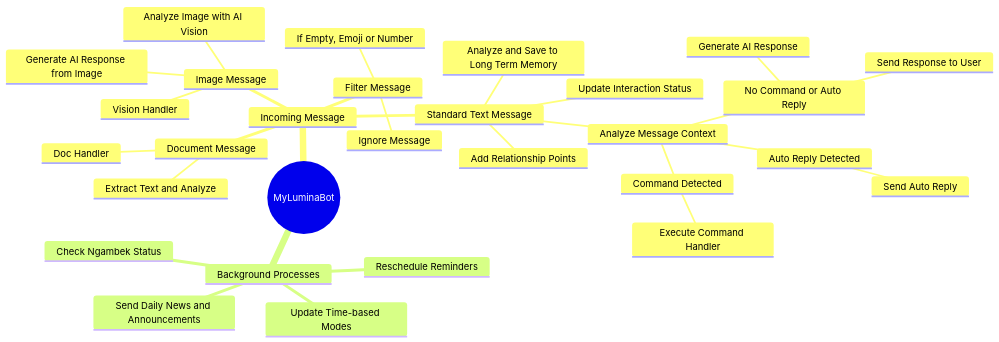
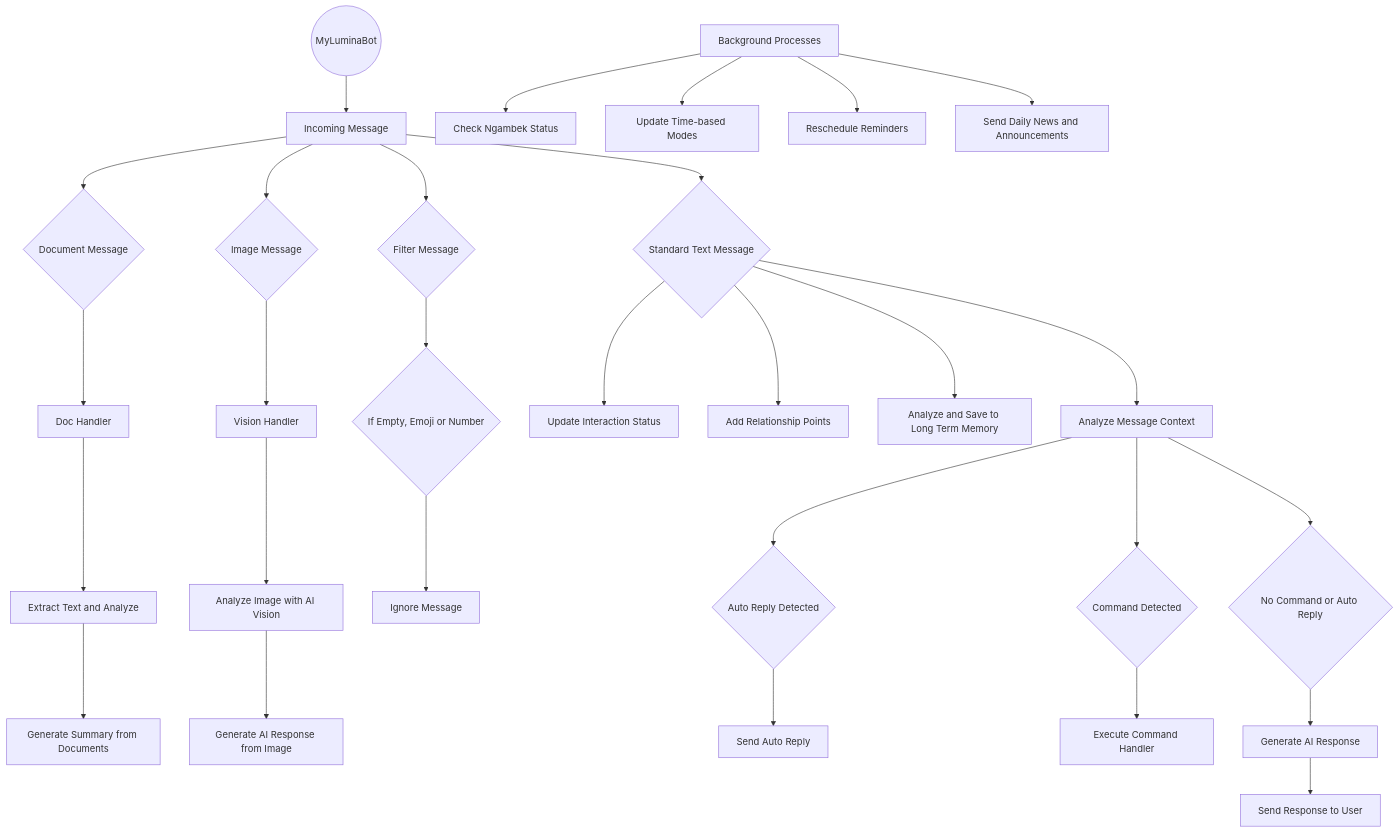
The diagram in README.md (Rafacuy/MyLumina), drawn with Mermaid before and after one commit.

Commit message:
Updated Resources

````diff
--- a/README.md
+++ b/README.md
@@ -163,33 +163,40 @@
 ```mermaid
-mindmap
-  root((MyLuminaBot))
-    Incoming Message
-      Document Message
-        Doc Handler
-        Extract Text and Analyze
-      Image Message
-        Vision Handler
-        Analyze Image with AI Vision
-        Generate AI Response from Image
-      Filter Message
-        If Empty, Emoji or Number
-        Ignore Message
-      Standard Text Message
-        Update Interaction Status
-        Add Relationship Points
-        Analyze and Save to Long Term Memory
-        Analyze Message Context
-          Auto Reply Detected
-            Send Auto Reply
-          Command Detected
-            Execute Command Handler
-          No Command or Auto Reply
-            Generate AI Response
-            Send Response to User
-    Background Processes
-      ::icon(fa fa-clock)
-      Check Ngambek Status
-      Update Time-based Modes
-      Reschedule Reminders
-      Send Daily News and Announcements
+graph TD
+    A((MyLuminaBot)) --> B[Incoming Message]
+
+    B --> C{Document Message}
+    C --> D[Doc Handler]
+    D --> E[Extract Text and Analyze]
+    E --> Z[Generate Summary from Documents]
+
+    B --> F{Image Message}
+    F --> G[Vision Handler]
+    G --> H[Analyze Image with AI Vision]
+    H --> I[Generate AI Response from Image]
+
+    B --> J{Filter Message}
+    J --> K{If Empty, Emoji or Number}
+    K --> L[Ignore Message]
+
+    B --> M{Standard Text Message}
+    M --> N[Update Interaction Status]
+    M --> O[Add Relationship Points]
+    M --> P[Analyze and Save to Long Term Memory]
+    M --> Q[Analyze Message Context]
+
+    Q --> R{Auto Reply Detected}
+    R --> S[Send Auto Reply]
+
+    Q --> T{Command Detected}
+    T --> U[Execute Command Handler]
+
+    Q --> V{No Command or Auto Reply}
+    V --> W[Generate AI Response]
+    W --> X[Send Response to User]
+
+    AA[Background Processes]
+    AA --> BB[Check Ngambek Status]
+    AA --> CC[Update Time-based Modes]
+    AA --> DD[Reschedule Reminders]
+    AA --> EE[Send Daily News and Announcements]
 ```
````
